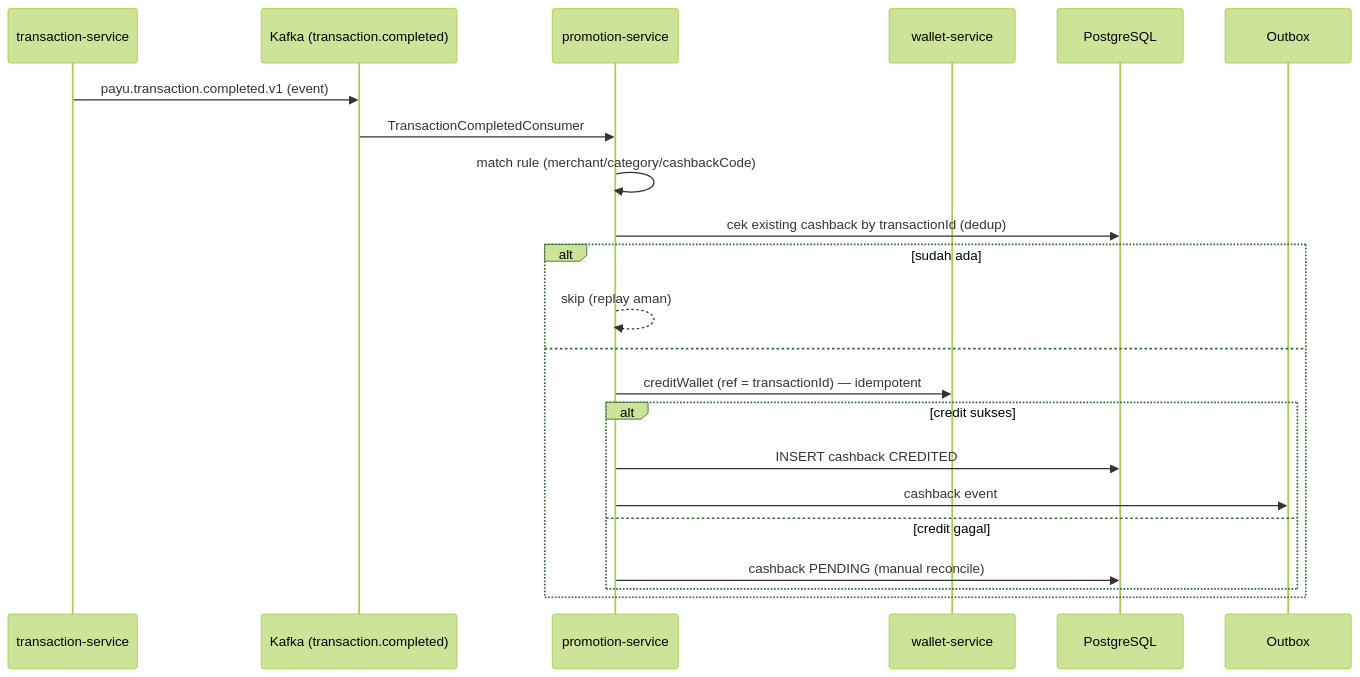
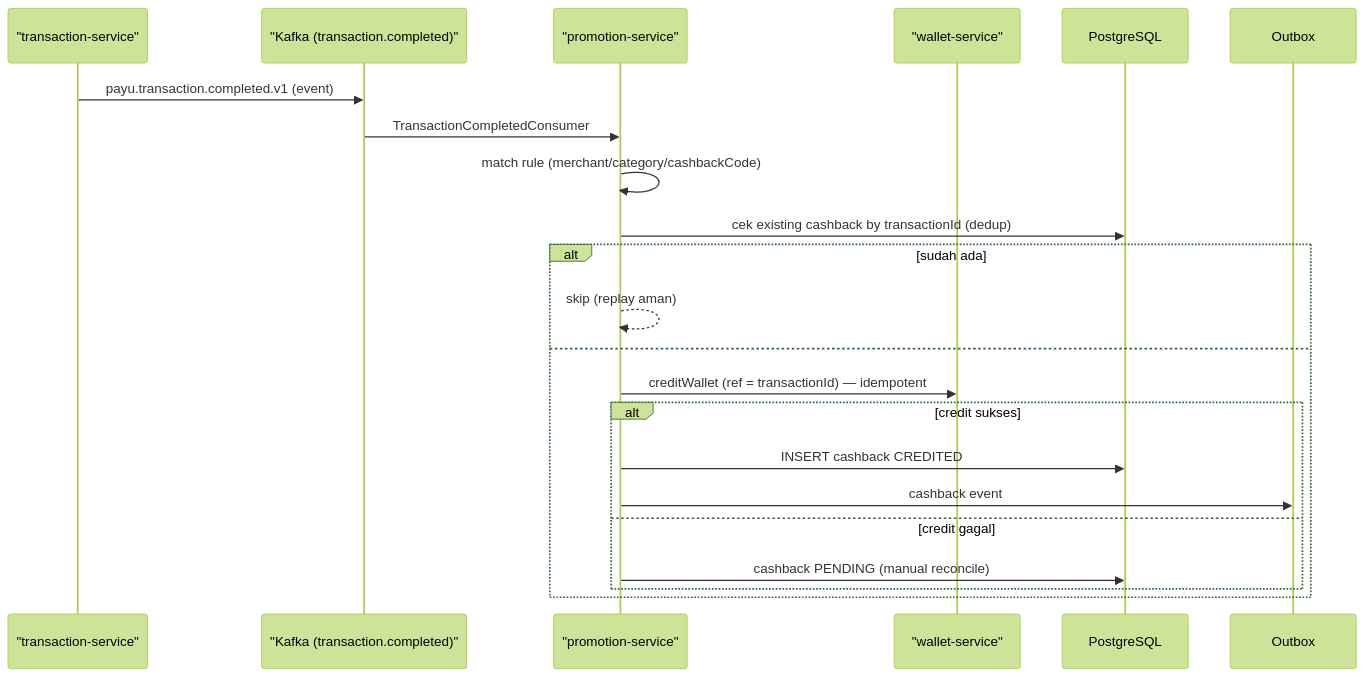
Diagram 17 of 51 in docs/product/FLOWS.md (fajjarnr/payu), drawn with Mermaid (forest theme) before and after one commit. The commit also changed other lines of this file, not shown here.

First line of the commit message:
fix(flows): mermaid render — quoted aliases, #59; semicolons, %% comments

````diff
--- a/docs/product/FLOWS.md
+++ b/docs/product/FLOWS.md
@@ -605,25 +605,25 @@
 ```mermaid
 sequenceDiagram
-    participant TX as transaction-service
-    participant KF as Kafka (transaction.completed)
-    participant PR as promotion-service
-    participant WL as wallet-service
+    participant TX as "transaction-service"
+    participant KF as "Kafka (transaction.completed)"
+    participant PR as "promotion-service"
+    participant WL as "wallet-service"
     participant DB as PostgreSQL
     participant OB as Outbox
 
     TX->>KF: payu.transaction.completed.v1 (event)
     KF->>PR: TransactionCompletedConsumer
     PR->>PR: match rule (merchant/category/cashbackCode)
     PR->>DB: cek existing cashback by transactionId (dedup)
     alt sudah ada
         PR-->>PR: skip (replay aman)
     else
         PR->>WL: creditWallet (ref = transactionId) — idempotent
         alt credit sukses
             PR->>DB: INSERT cashback CREDITED
             PR->>OB: cashback event
         else credit gagal
             PR->>DB: cashback PENDING (manual reconcile)
         end
     end
 ```
````
